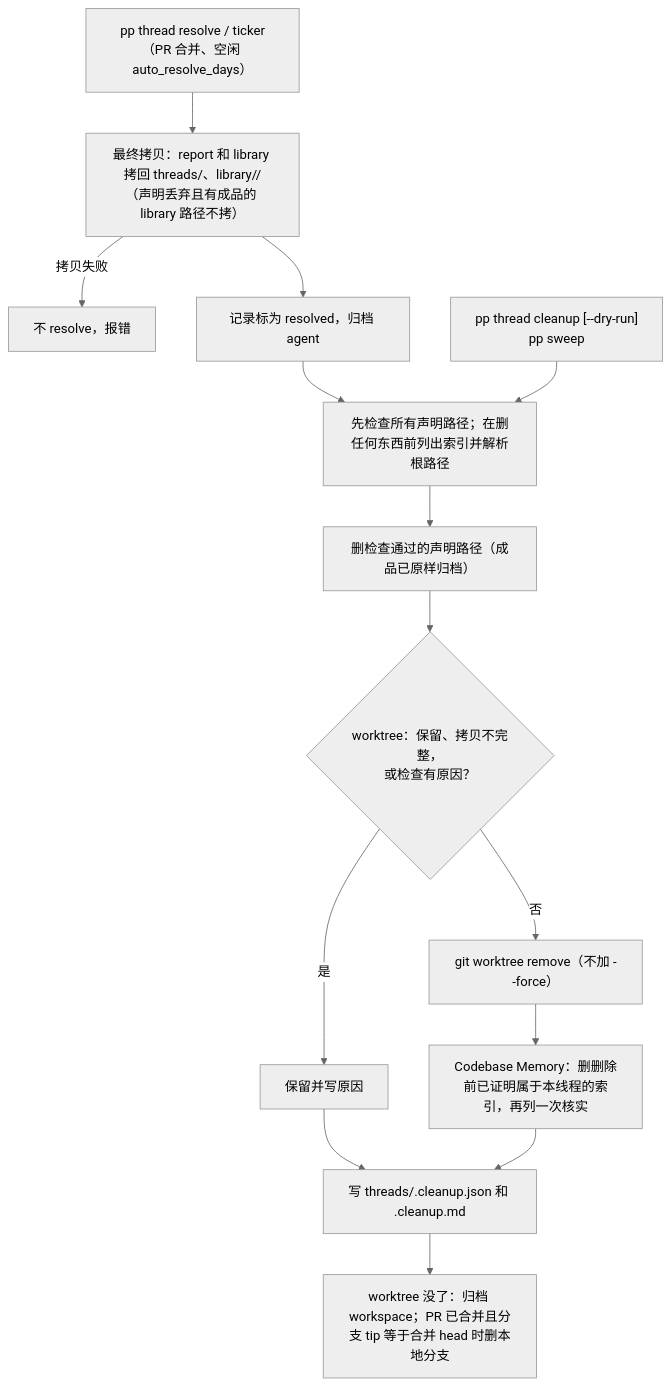
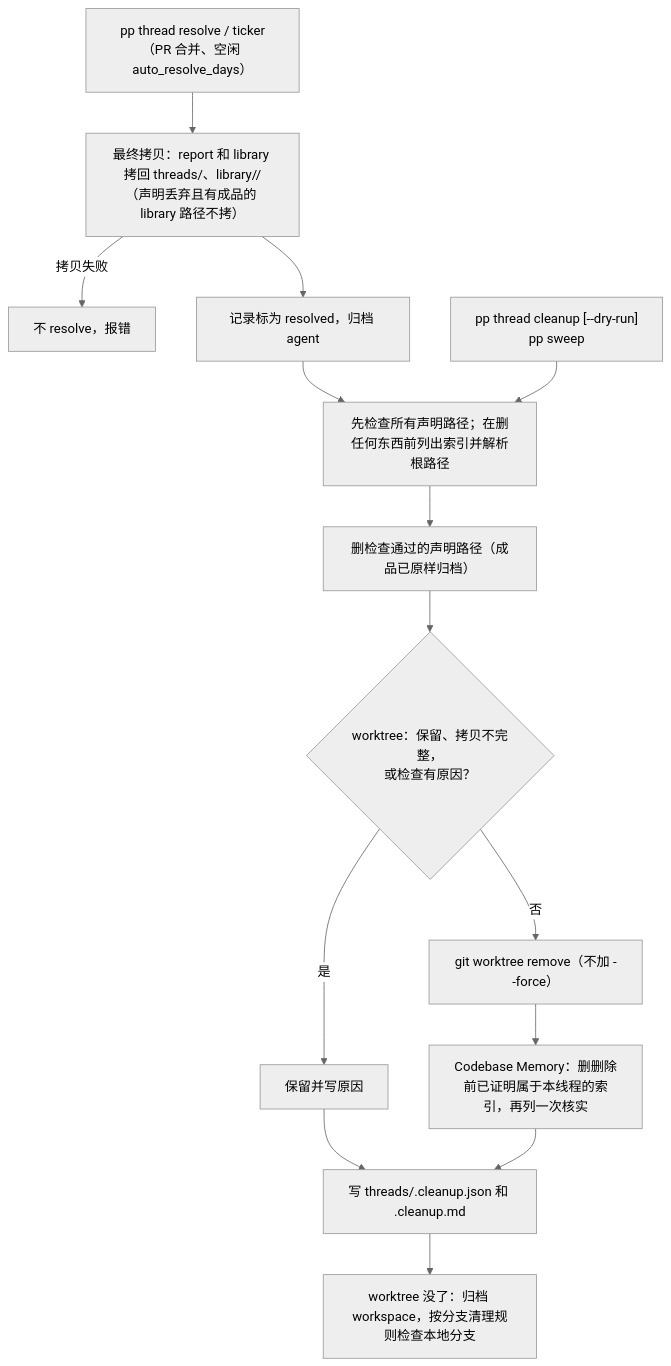
Before and after one commit to ayamir/paseo-projects: the diagram in docs/cleanup.md, drawn with Mermaid (neutral theme). The commit also changed other lines of this file and 10 other files, not shown here.

````diff
--- a/docs/cleanup.md
+++ b/docs/cleanup.md
@@ -17,17 +17,17 @@
 ```mermaid
 flowchart TD
   R["pp thread resolve / ticker（PR 合并、空闲 auto_resolve_days）"] --> C["最终拷贝：report 和 library 拷回 threads/、library/<id>/<br/>（声明丢弃且有成品的 library 路径不拷）"]
   C -->|拷贝失败| X["不 resolve，报错"]
   C --> S["记录标为 resolved，归档 agent"]
   D["删检查通过的声明路径（成品已原样归档）"]
   P["先检查所有声明路径；在删任何东西前列出索引并解析根路径"]
   S --> P --> D
   D --> W{"worktree：保留、拷贝不完整，<br/>或检查有原因？"}
   W -->|是| K["保留并写原因"]
   W -->|否| G["git worktree remove（不加 --force）"]
   G --> I["Codebase Memory：删删除前已证明属于本线程的索引，再列一次核实"]
   K --> M["写 threads/<id>.cleanup.json 和 .cleanup.md"]
   I --> M
-  M --> B["worktree 没了：归档 workspace；PR 已合并且分支 tip 等于合并 head 时删本地分支"]
+  M --> B["worktree 没了：归档 workspace，按分支清理规则检查本地分支"]
   RT["pp thread cleanup <slug> <id> [--dry-run]<br/>pp sweep"] --> P
 ```
````
